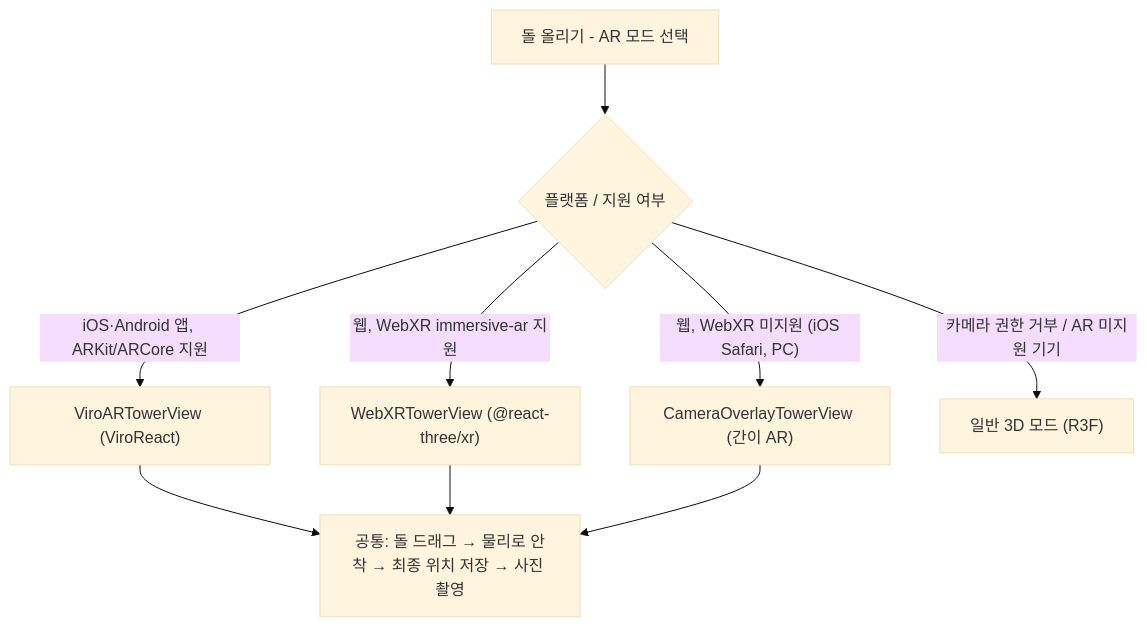
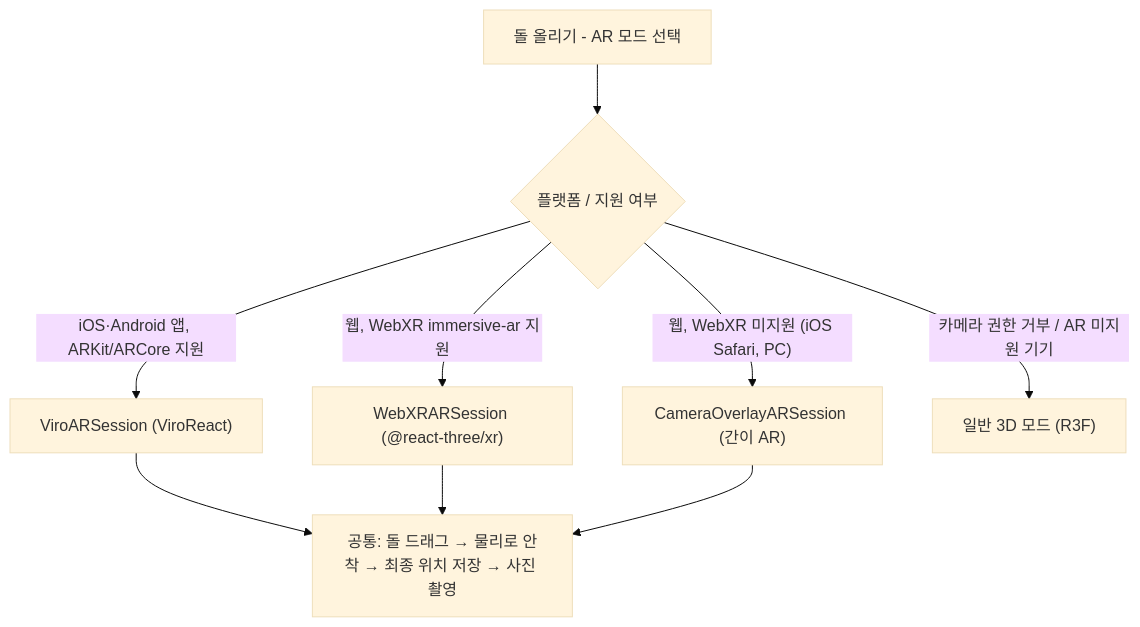
One commit to GO-TE/wish-stone changed the second of 2 diagrams in dash_board/기술 스택.md. Above: the diagram before and after it, drawn with Mermaid (base theme). The commit also changed other lines of this file and 3 other files, not shown here.

````diff
--- a/dash_board/기술 스택.md
+++ b/dash_board/기술 스택.md
@@ -37,11 +80,11 @@
 ```mermaid
 flowchart TD
     A["돌 올리기 - AR 모드 선택"] --> B{"플랫폼 / 지원 여부"}
-    B -->|"iOS·Android 앱, ARKit/ARCore 지원"| C["ViroARTowerView (ViroReact)"]
-    B -->|"웹, WebXR immersive-ar 지원"| D["WebXRTowerView (@react-three/xr)"]
-    B -->|"웹, WebXR 미지원 (iOS Safari, PC)"| E["CameraOverlayTowerView (간이 AR)"]
+    B -->|"iOS·Android 앱, ARKit/ARCore 지원"| C["ViroARSession (ViroReact)"]
+    B -->|"웹, WebXR immersive-ar 지원"| D["WebXRARSession (@react-three/xr)"]
+    B -->|"웹, WebXR 미지원 (iOS Safari, PC)"| E["CameraOverlayARSession (간이 AR)"]
     B -->|"카메라 권한 거부 / AR 미지원 기기"| F["일반 3D 모드 (R3F)"]
     C --> G["공통: 돌 드래그 → 물리로 안착 → 최종 위치 저장 → 사진 촬영"]
     D --> G
     E --> G
 ```
````
